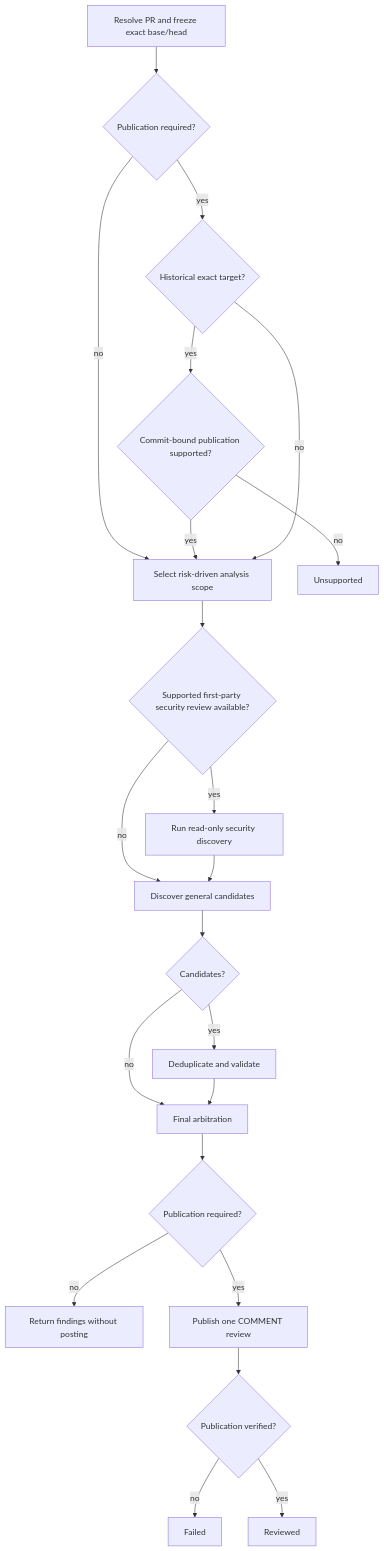
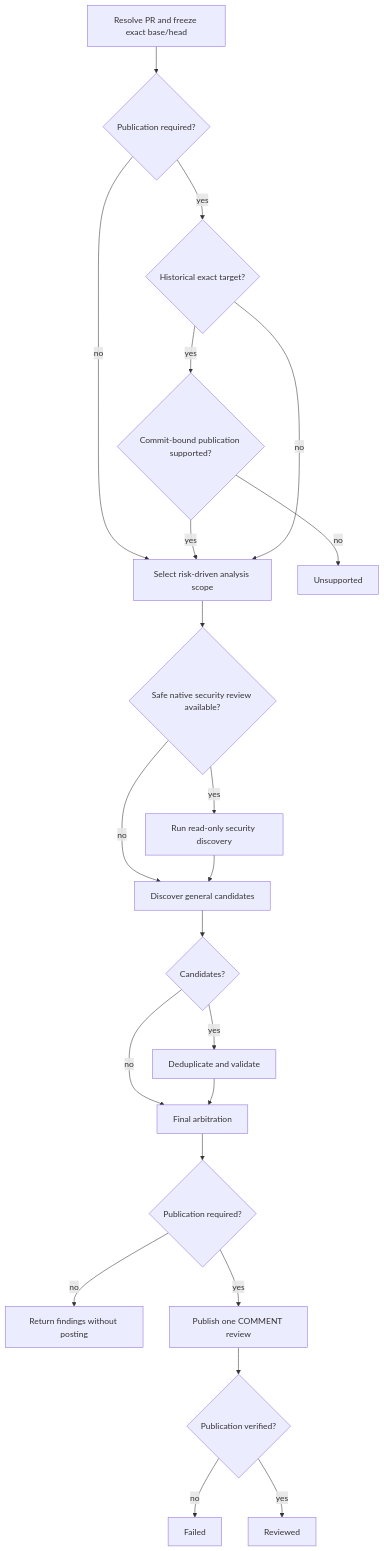
One commit to dceoy/pr-loop changed the diagram in skills/pr-review/SKILL.md. Above: the diagram before and after it, drawn with Mermaid. The commit also changed other lines of this file, not shown here.

Commit message:
docs(pr-review): discover native security review by capability

````diff
--- a/skills/pr-review/SKILL.md
+++ b/skills/pr-review/SKILL.md
@@ -87,24 +87,24 @@
 ```mermaid
 flowchart TD
   A[Resolve PR and freeze exact base/head] --> B{Publication required?}
   B -->|no| D[Select risk-driven analysis scope]
   B -->|yes| C{Historical exact target?}
   C -->|yes| P{Commit-bound publication supported?}
   P -->|no| U[Unsupported]
   P -->|yes| D
   C -->|no| D
-  D --> S{Supported first-party security review available?}
+  D --> S{Safe native security review available?}
   S -->|yes| T[Run read-only security discovery]
   S -->|no| E[Discover general candidates]
   T --> E
   E --> F{Candidates?}
   F -->|yes| G[Deduplicate and validate]
   F -->|no| H[Clean arbitration]
   G --> H[Final arbitration]
   H --> I{Publication required?}
   I -->|no| R[Return findings without posting]
   I -->|yes| J[Publish one COMMENT review]
   J --> K{Publication verified?}
   K -->|no| X[Failed]
   K -->|yes| Z[Reviewed]
 ```
````
